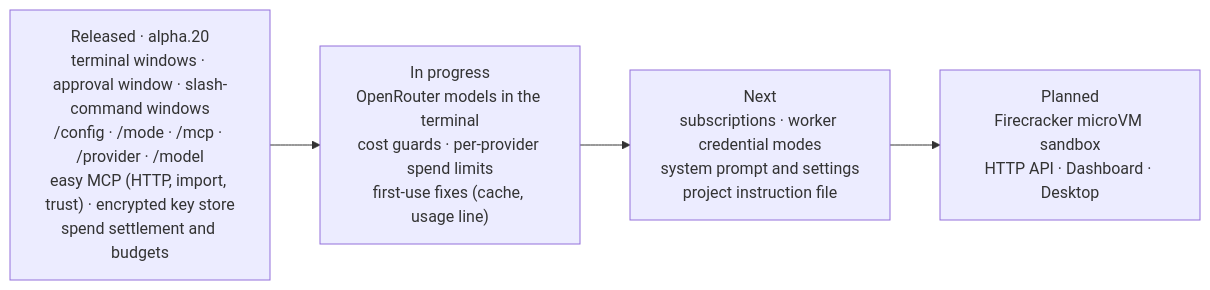
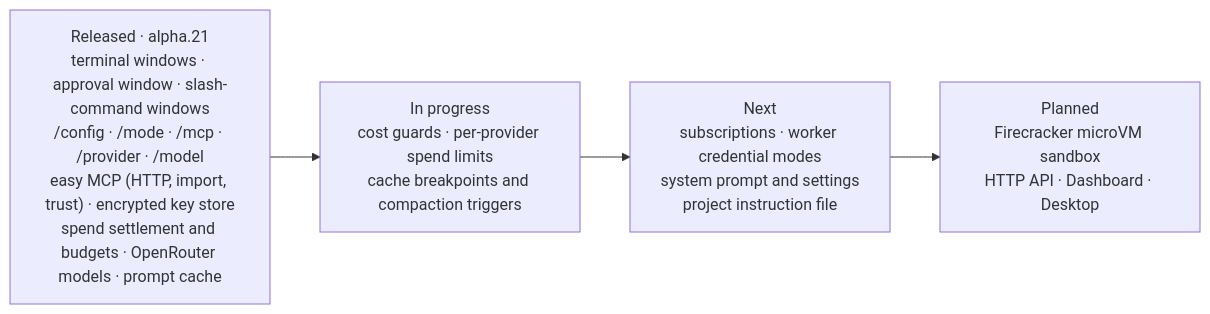
Before and after one commit to Verhex/deckent-next: the fifth of 5 diagrams in README.md, drawn with Mermaid. The commit also changed other lines of this file and 8 other files, not shown here.

First line of the commit message:
docs: alpha.21 landing reconciliation (PR #60; OpenRouter, first-test fixes, cache slice 1 completed; CACHE-SLICE2 row; architecture labels)

````diff
--- a/README.md
+++ b/README.md
@@ -292,6 +296,6 @@
 ```mermaid
 flowchart LR
-  L["Released · alpha.20<br/>terminal windows · approval window · slash-command windows<br/>/config · /mode · /mcp · /provider · /model<br/>easy MCP (HTTP, import, trust) · encrypted key store<br/>spend settlement and budgets"] --> P["In progress<br/>OpenRouter models in the terminal<br/>cost guards · per-provider spend limits<br/>first-use fixes (cache, usage line)"]
+  L["Released · alpha.21<br/>terminal windows · approval window · slash-command windows<br/>/config · /mode · /mcp · /provider · /model<br/>easy MCP (HTTP, import, trust) · encrypted key store<br/>spend settlement and budgets · OpenRouter models · prompt cache"] --> P["In progress<br/>cost guards · per-provider spend limits<br/>cache breakpoints and compaction triggers"]
   P --> N["Next<br/>subscriptions · worker credential modes<br/>system prompt and settings<br/>project instruction file"]
   N --> F["Planned<br/>Firecracker microVM sandbox<br/>HTTP API · Dashboard · Desktop"]
 ```
````
